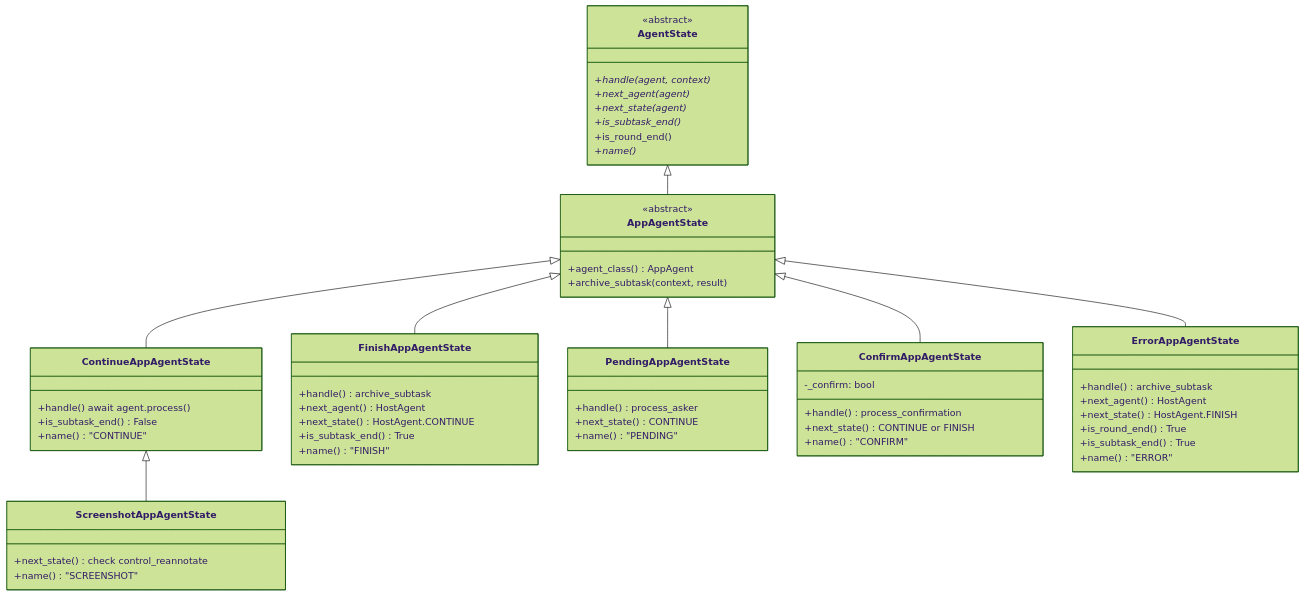
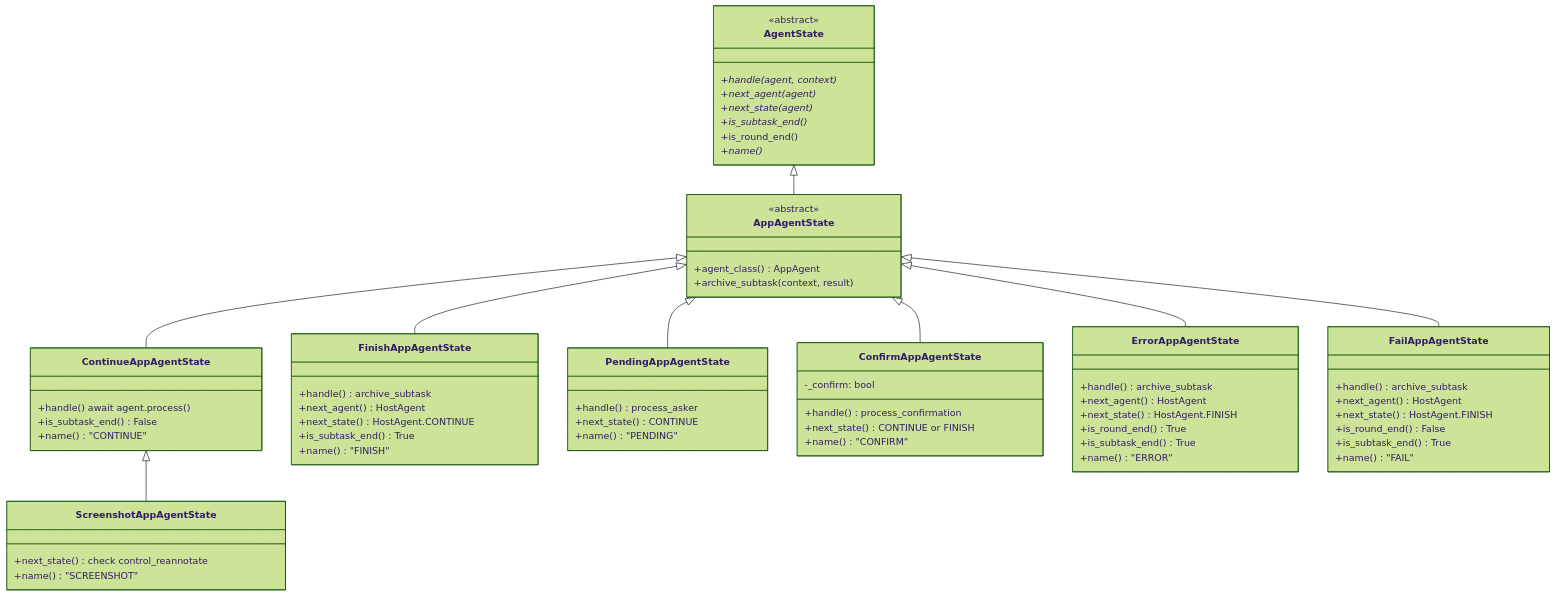
Before and after one commit to microsoft/UFO: the third of 4 diagrams in documents/docs/ufo2/app_agent/state.md, drawn with Mermaid (forest theme). The commit also changed other lines of this file and 3 other files, not shown here.

````diff
--- a/documents/docs/ufo2/app_agent/state.md
+++ b/documents/docs/ufo2/app_agent/state.md
@@ -565,67 +647,77 @@
 ```mermaid
 classDiagram
     class AgentState {
         <<abstract>>
         +handle(agent, context)*
         +next_agent(agent)*
         +next_state(agent)*
         +is_subtask_end()*
         +is_round_end()
         +name()*
     }
     
     class AppAgentState {
         <<abstract>>
         +agent_class() AppAgent
         +archive_subtask(context, result)
     }
     
     class ContinueAppAgentState {
         +handle() await agent.process()
         +is_subtask_end() False
         +name() "CONTINUE"
     }
     
     class ScreenshotAppAgentState {
         +next_state() check control_reannotate
         +name() "SCREENSHOT"
     }
     
     class FinishAppAgentState {
         +handle() archive_subtask
         +next_agent() HostAgent
         +next_state() HostAgent.CONTINUE
         +is_subtask_end() True
         +name() "FINISH"
     }
     
     class PendingAppAgentState {
         +handle() process_asker
         +next_state() CONTINUE
         +name() "PENDING"
     }
     
     class ConfirmAppAgentState {
         -_confirm: bool
         +handle() process_confirmation
         +next_state() CONTINUE or FINISH
         +name() "CONFIRM"
     }
     
     class ErrorAppAgentState {
         +handle() archive_subtask
         +next_agent() HostAgent
         +next_state() HostAgent.FINISH
         +is_round_end() True
         +is_subtask_end() True
         +name() "ERROR"
     }
     
+    class FailAppAgentState {
+        +handle() archive_subtask
+        +next_agent() HostAgent
+        +next_state() HostAgent.FINISH
+        +is_round_end() False
+        +is_subtask_end() True
+        +name() "FAIL"
+    }
+    
     AgentState <|-- AppAgentState
     AppAgentState <|-- ContinueAppAgentState
     AppAgentState <|-- FinishAppAgentState
     AppAgentState <|-- PendingAppAgentState
     AppAgentState <|-- ConfirmAppAgentState
     AppAgentState <|-- ErrorAppAgentState
+    AppAgentState <|-- FailAppAgentState
     ContinueAppAgentState <|-- ScreenshotAppAgentState
 ```
````
